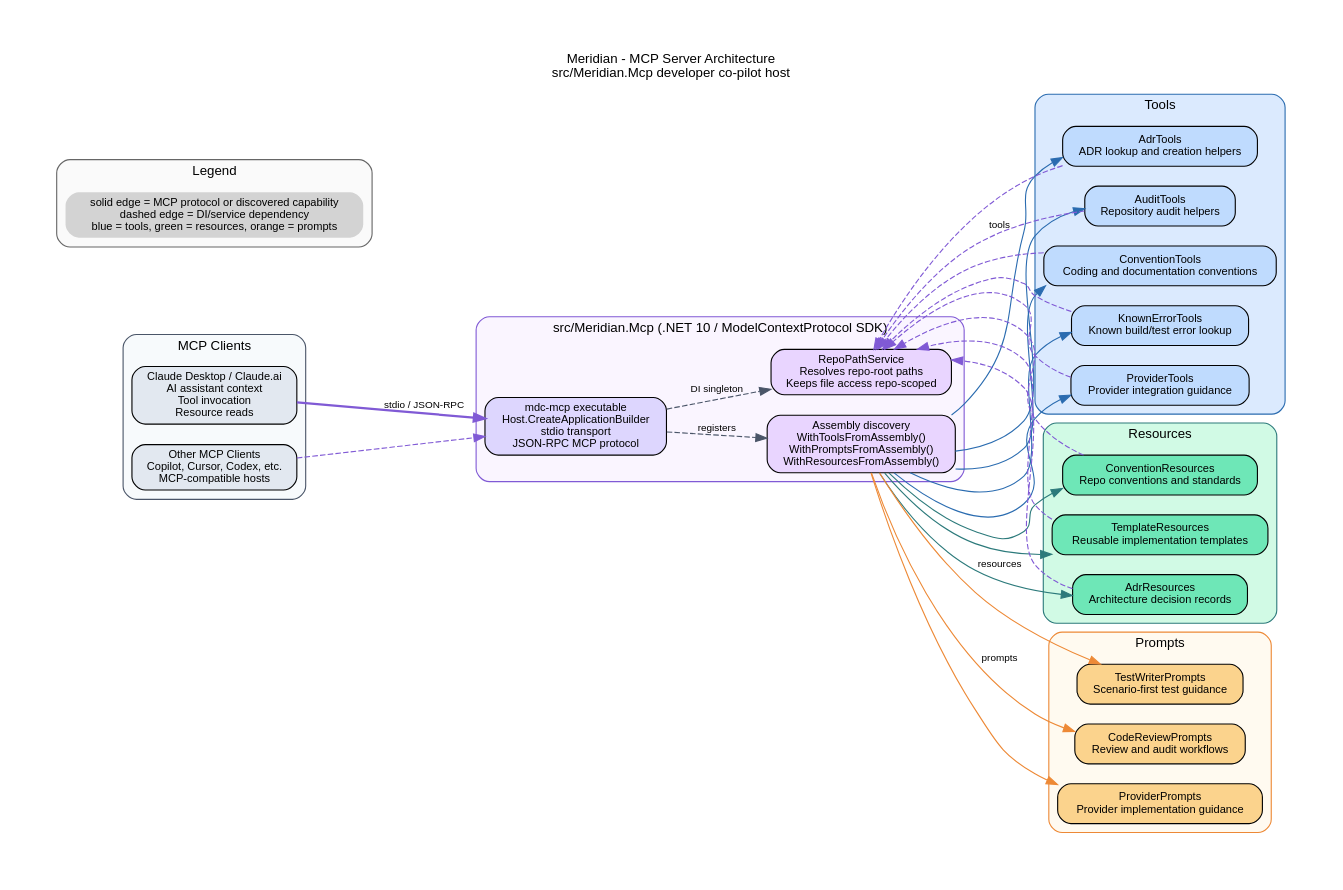
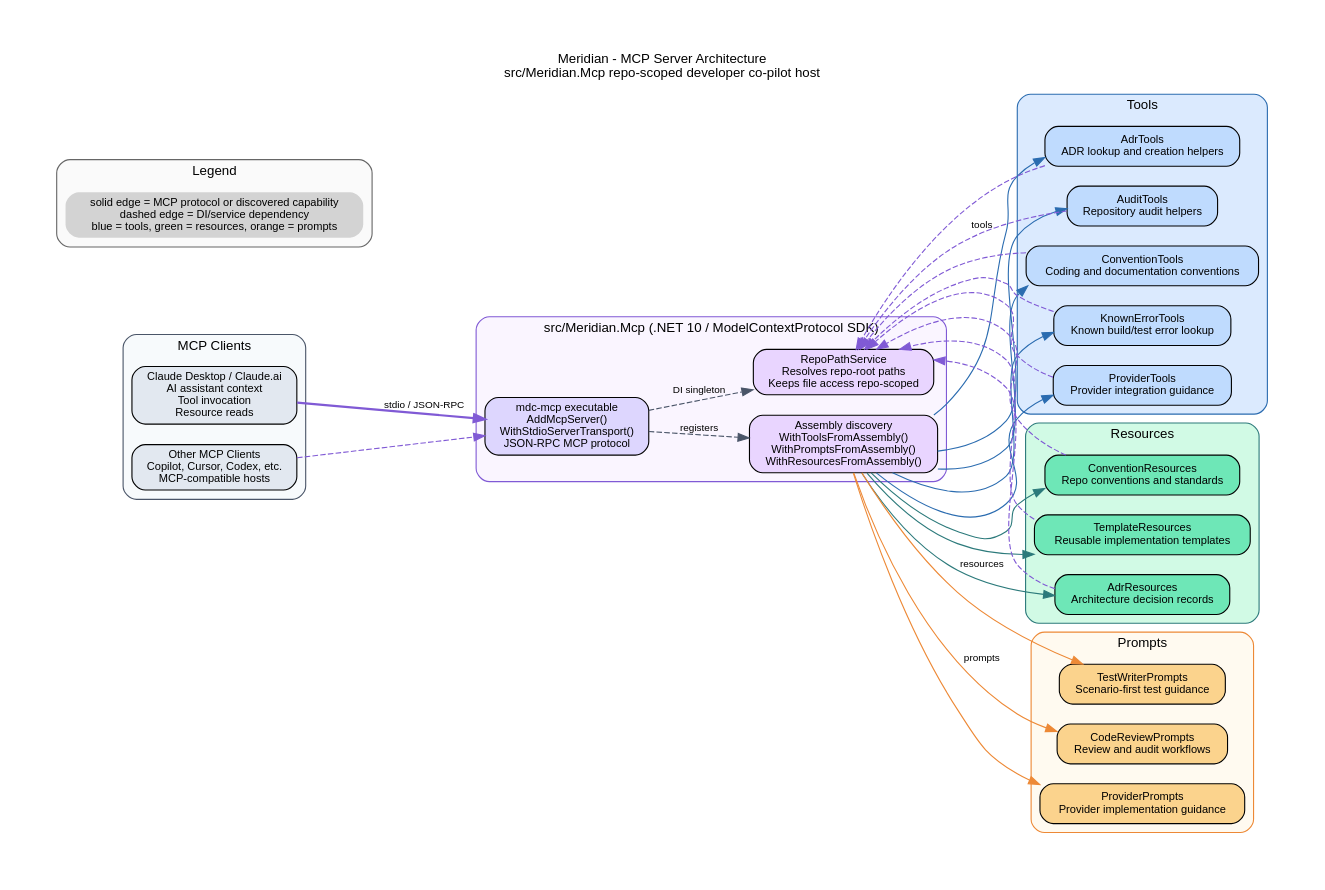
Before and after one commit to rodoHasArrived/Meridian-main: the diagram in docs/diagrams/architecture/platform/mcp-server.dot, drawn with Graphviz. The commit also changed 141 other files, not shown here.

```diff
--- a/docs/diagrams/architecture/platform/mcp-server.dot
+++ b/docs/diagrams/architecture/platform/mcp-server.dot
@@ -1,130 +1,130 @@
 // MCP Server Architecture Diagram
-// Meridian current project state
-// Last Updated: 2026-05-28
+// Meridian current project stance
+// Last Updated: 2026-06-10
 //
 // This diagram reflects the active src/Meridian.Mcp host.
-// Render with: npm run generate-diagrams -- --all or Graphviz dot.
+// Render with the recursive DOT renderer or Graphviz dot.
 
 digraph McpServer {
   rankdir=LR;
   graph [fontname="Helvetica", fontsize=12, bgcolor="white", compound=true, pad=0.5];
   node  [fontname="Helvetica", fontsize=10, shape=box, style="rounded,filled"];
   edge  [fontname="Helvetica", fontsize=9, color="#4a5568"];
 
   labelloc="t";
-  label="Meridian - MCP Server Architecture\nsrc/Meridian.Mcp developer co-pilot host";
+  label="Meridian - MCP Server Architecture\nsrc/Meridian.Mcp repo-scoped developer co-pilot host";
 
   subgraph cluster_clients {
     label="MCP Clients";
     color="#4a5568";
     style="rounded";
     bgcolor="#f7fafc";
 
     CLAUDE_CLIENT [fillcolor="#e2e8f0",
                    label="Claude Desktop / Claude.ai\nAI assistant context\nTool invocation\nResource reads"];
 
     OTHER_CLIENT [fillcolor="#e2e8f0",
                   label="Other MCP Clients\nCopilot, Cursor, Codex, etc.\nMCP-compatible hosts"];
   }
 
   subgraph cluster_server {
     label="src/Meridian.Mcp (.NET 10 / ModelContextProtocol SDK)";
     color="#805ad5";
     style="rounded";
     bgcolor="#faf5ff";
 
     MCP_HOST [fillcolor="#ddd6fe",
-              label="mdc-mcp executable\nHost.CreateApplicationBuilder\nstdio transport\nJSON-RPC MCP protocol"];
+              label="mdc-mcp executable\nAddMcpServer()\nWithStdioServerTransport()\nJSON-RPC MCP protocol"];
 
     DISCOVERY [fillcolor="#e9d5ff",
                label="Assembly discovery\nWithToolsFromAssembly()\nWithPromptsFromAssembly()\nWithResourcesFromAssembly()"];
 
     REPO_PATH [fillcolor="#e9d5ff",
                label="RepoPathService\nResolves repo-root paths\nKeeps file access repo-scoped"];
   }
 
   subgraph cluster_tools {
     label="Tools";
     color="#2b6cb0";
     style="rounded";
     bgcolor="#dbeafe";
 
     ADR_TOOLS [fillcolor="#bfdbfe",
                label="AdrTools\nADR lookup and creation helpers"];
     AUDIT_TOOLS [fillcolor="#bfdbfe",
                  label="AuditTools\nRepository audit helpers"];
     CONVENTION_TOOLS [fillcolor="#bfdbfe",
                       label="ConventionTools\nCoding and documentation conventions"];
     KNOWN_ERROR_TOOLS [fillcolor="#bfdbfe",
                        label="KnownErrorTools\nKnown build/test error lookup"];
     PROVIDER_TOOLS [fillcolor="#bfdbfe",
                     label="ProviderTools\nProvider integration guidance"];
   }
 
   subgraph cluster_resources {
     label="Resources";
     color="#2c7a7b";
     style="rounded";
     bgcolor="#d1fae5";
 
     ADR_RESOURCES [fillcolor="#6ee7b7",
                    label="AdrResources\nArchitecture decision records"];
     CONVENTION_RESOURCES [fillcolor="#6ee7b7",
                           label="ConventionResources\nRepo conventions and standards"];
     TEMPLATE_RESOURCES [fillcolor="#6ee7b7",
                         label="TemplateResources\nReusable implementation templates"];
   }
 
   subgraph cluster_prompts {
     label="Prompts";
     color="#ed8936";
     style="rounded";
     bgcolor="#fffaf0";
 
     CODE_REVIEW_PROMPTS [fillcolor="#fbd38d",
                          label="CodeReviewPrompts\nReview and audit workflows"];
     PROVIDER_PROMPTS [fillcolor="#fbd38d",
                       label="ProviderPrompts\nProvider implementation guidance"];
     TEST_WRITER_PROMPTS [fillcolor="#fbd38d",
                          label="TestWriterPrompts\nScenario-first test guidance"];
   }
 
   CLAUDE_CLIENT -> MCP_HOST [color="#805ad5", penwidth=2, label="stdio / JSON-RPC"];
   OTHER_CLIENT -> MCP_HOST [color="#805ad5", penwidth=1, style=dashed];
 
   MCP_HOST -> DISCOVERY [style=dashed, label="registers"];
   MCP_HOST -> REPO_PATH [style=dashed, label="DI singleton"];
 
   DISCOVERY -> ADR_TOOLS [color="#2b6cb0", label="tools"];
   DISCOVERY -> AUDIT_TOOLS [color="#2b6cb0"];
   DISCOVERY -> CONVENTION_TOOLS [color="#2b6cb0"];
   DISCOVERY -> KNOWN_ERROR_TOOLS [color="#2b6cb0"];
   DISCOVERY -> PROVIDER_TOOLS [color="#2b6cb0"];
 
   DISCOVERY -> ADR_RESOURCES [color="#2c7a7b", label="resources"];
   DISCOVERY -> CONVENTION_RESOURCES [color="#2c7a7b"];
   DISCOVERY -> TEMPLATE_RESOURCES [color="#2c7a7b"];
 
   DISCOVERY -> CODE_REVIEW_PROMPTS [color="#ed8936", label="prompts"];
   DISCOVERY -> PROVIDER_PROMPTS [color="#ed8936"];
   DISCOVERY -> TEST_WRITER_PROMPTS [color="#ed8936"];
 
   ADR_TOOLS -> REPO_PATH [style=dashed, color="#805ad5"];
   AUDIT_TOOLS -> REPO_PATH [style=dashed, color="#805ad5"];
   CONVENTION_TOOLS -> REPO_PATH [style=dashed, color="#805ad5"];
   KNOWN_ERROR_TOOLS -> REPO_PATH [style=dashed, color="#805ad5"];
   PROVIDER_TOOLS -> REPO_PATH [style=dashed, color="#805ad5"];
   ADR_RESOURCES -> REPO_PATH [style=dashed, color="#805ad5"];
   CONVENTION_RESOURCES -> REPO_PATH [style=dashed, color="#805ad5"];
   TEMPLATE_RESOURCES -> REPO_PATH [style=dashed, color="#805ad5"];
 
   subgraph cluster_legend {
     label="Legend";
     style="rounded";
     color="#666666";
     bgcolor="#fafafa";
 
     LEG [shape=plaintext,
          label="solid edge = MCP protocol or discovered capability\n dashed edge = DI/service dependency\n blue = tools, green = resources, orange = prompts"];
   }
 }
```
